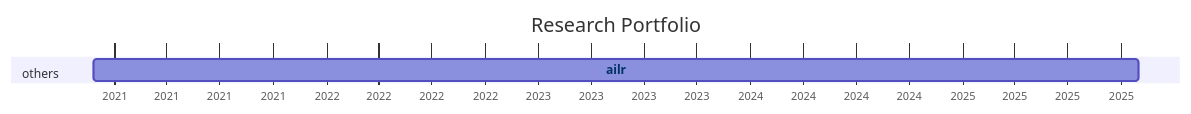
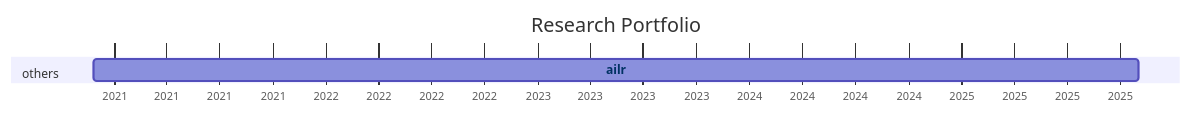
The diagram in docs/20-research/25-projects-gantt.md (digital-work-lab/handbook), drawn with Mermaid before and after one commit.

Commit message:
Update repository overview

````diff
--- a/docs/20-research/25-projects-gantt.md
+++ b/docs/20-research/25-projects-gantt.md
@@ -8,21 +8,21 @@
 ```mermaid
 ---
 displayMode: compact
 ---
 gantt
 title Research Portfolio
 dateFormat YYYY-MM-DD
 axisFormat %Y
 
     section work_practices
 
     section distributed_organizing
 
     section knowledge_synthesis
 
     section others
-        ailr :ailr, 2020-11-26, 2025-11-01
+        ailr :ailr, 2020-11-26, 2025-11-02
 
 
     click ailr href "{{ site.baseurl }}/docs/10-lab/18-resources/ailr.html"
 ```
````
